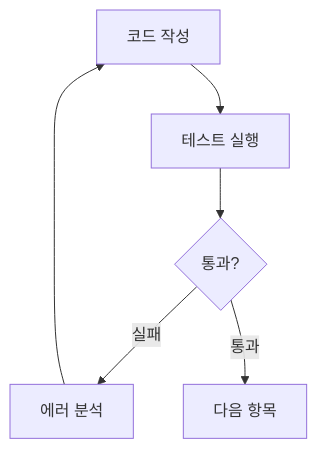
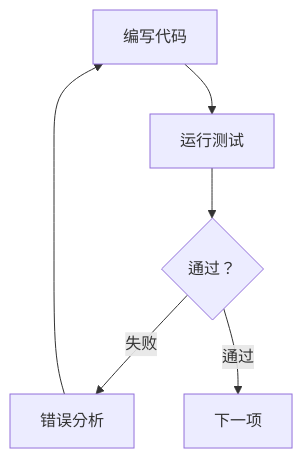
Before and after one commit to modu-ai/moai-adk: the second of 2 diagrams in docs-site/content/zh/core-concepts/harness-engineering.md, drawn with Mermaid. The commit also changed other lines of this file and 8 other files, not shown here.

````diff
--- a/docs-site/content/zh/core-concepts/harness-engineering.md
+++ b/docs-site/content/zh/core-concepts/harness-engineering.md
@@ -85,8 +85,8 @@
 ```mermaid
 graph TD
-    A["코드 작성"] --> B["테스트 실행"]
-    B --> C{"통과?"}
-    C -->|"실패"| D["에러 분석"]
+    A["编写代码"] --> B["运行测试"]
+    B --> C{"通过？"}
+    C -->|"失败"| D["错误分析"]
     D --> A
-    C -->|"통과"| E["다음 항목"]
+    C -->|"通过"| E["下一项"]
 ```
````
